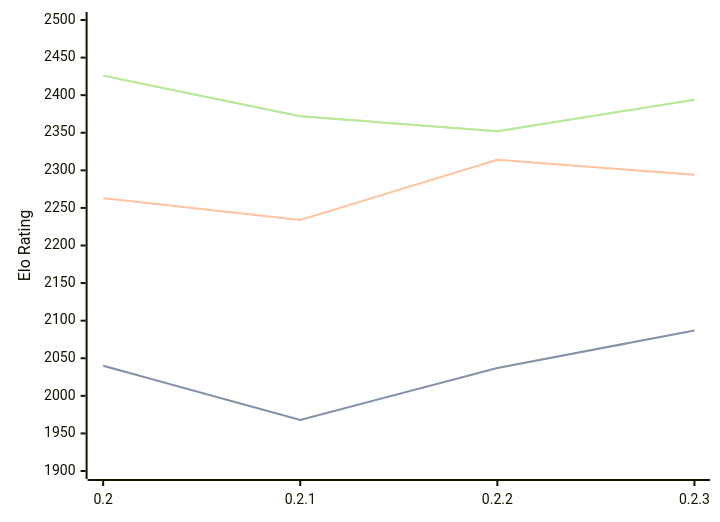
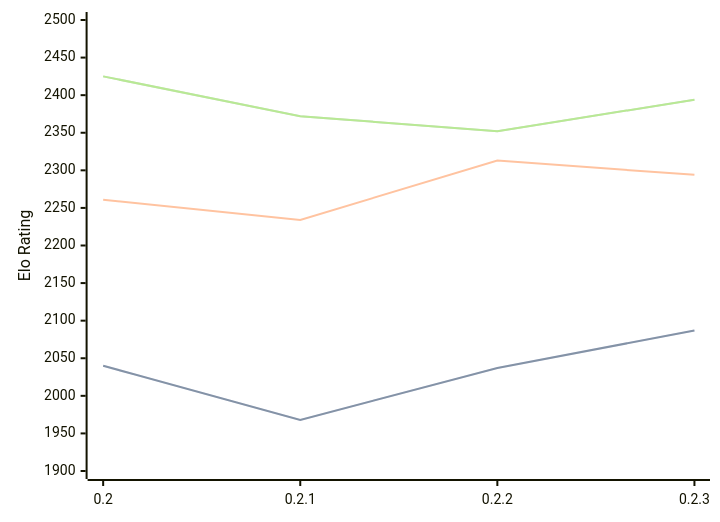
Before and after one commit to computer-chess-index/cci: the diagram in engines/Lolbot.md, drawn with Mermaid. The commit also changed other lines of this file, not shown here.

Commit message:
Update CCI Ratings (ELO VLTC) - 2026-03-01

````diff
--- a/engines/Lolbot.md
+++ b/engines/Lolbot.md
@@ -33,11 +33,11 @@
 ```mermaid
 %%{init: {"theme":"base","themeVariables":{"seriesColors:['#a3a3a3','#222221','#faa371']}}}%%
 xychart-beta
   x-axis ["0.2", "0.2.1", "0.2.2", "0.2.3"]
   y-axis "Elo Rating" 1900 --> 2500
   line "STC (8.0+0.08s)" [2040, 1968, 2037, 2087]
   line "STC (8.0+0.08s)" [2040, 1968, 2037, 2087]
-  line "LTC (60.0+0.60s)" [2263, 2234, 2314, 2294]
-  line "VLTC (2m24s+1.12s)" [2426, 2372, 2352, 2394]
-  line "VLTC (2m24s+1.12s)" [2426, 2372, 2352, 2394]
+  line "LTC (60.0+0.60s)" [2261, 2234, 2313, 2294]
+  line "VLTC (2m24s+1.12s)" [2425, 2372, 2352, 2394]
+  line "VLTC (2m24s+1.12s)" [2425, 2372, 2352, 2394]
 ```
````
